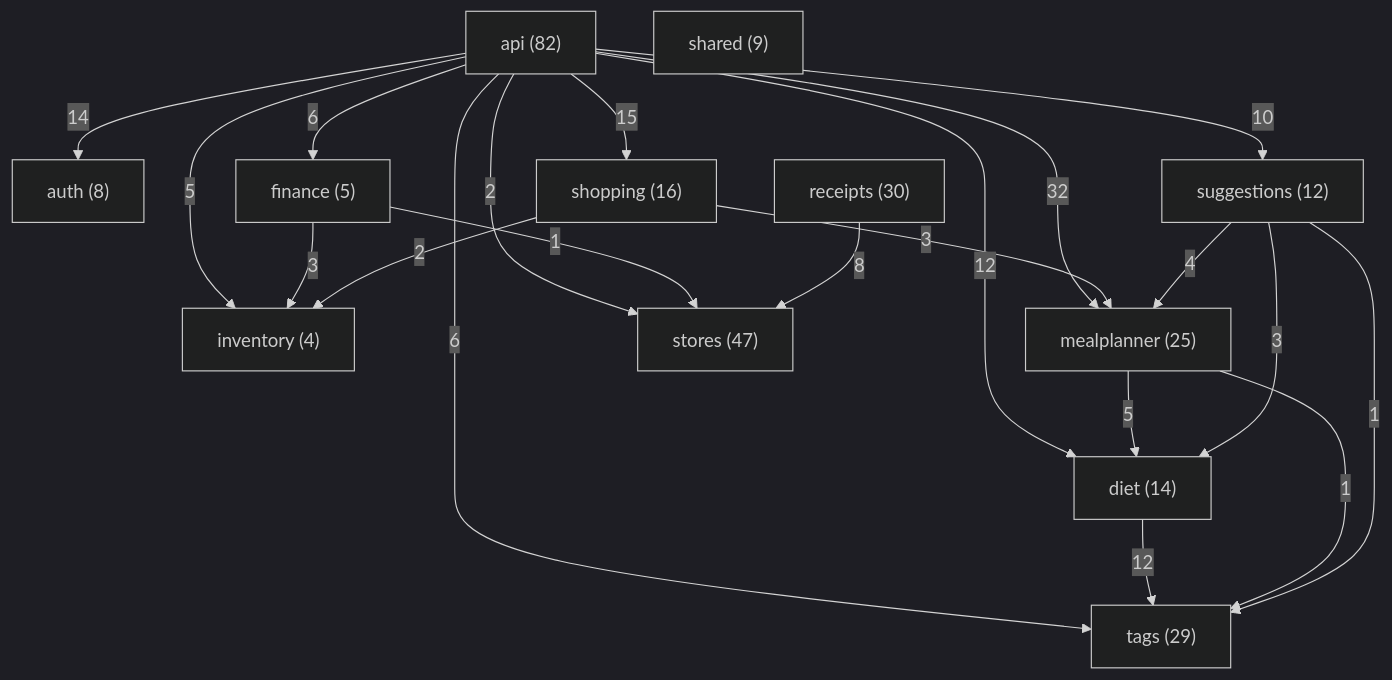
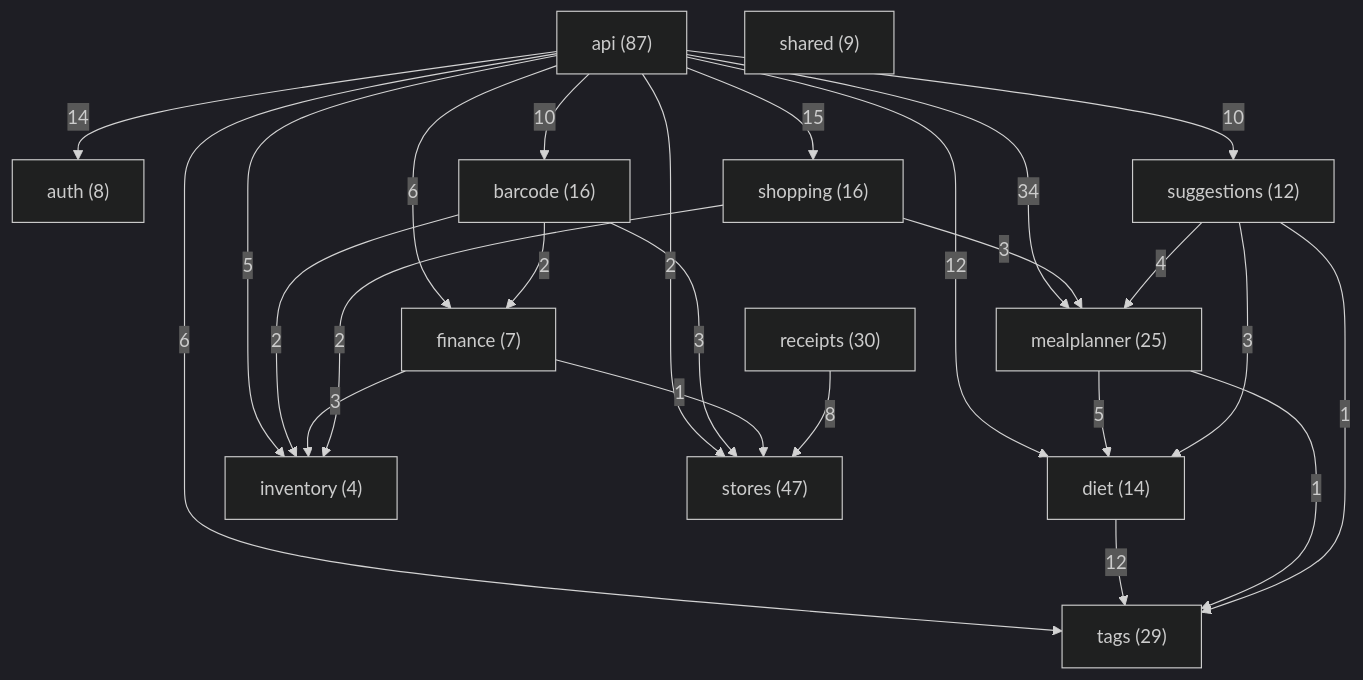
The diagram in docs/classes/README.md (Nate-ryan-7690/dahaem), drawn with Mermaid (dark theme) before and after one commit. The commit also changed other lines of this file and 8 other files, not shown here.

````diff
--- a/docs/classes/README.md
+++ b/docs/classes/README.md
@@ -9,35 +9,40 @@
 ```mermaid
 flowchart TD
-    api["api (82)"]
+    api["api (87)"]
     auth["auth (8)"]
+    barcode["barcode (16)"]
     diet["diet (14)"]
-    finance["finance (5)"]
+    finance["finance (7)"]
     inventory["inventory (4)"]
     mealplanner["mealplanner (25)"]
     receipts["receipts (30)"]
     shared["shared (9)"]
     shopping["shopping (16)"]
     stores["stores (47)"]
     suggestions["suggestions (12)"]
     tags["tags (29)"]
     api -->|14| auth
+    api -->|10| barcode
     api -->|12| diet
     api -->|6| finance
     api -->|5| inventory
-    api -->|32| mealplanner
+    api -->|34| mealplanner
     api -->|15| shopping
     api -->|2| stores
     api -->|10| suggestions
     api -->|6| tags
+    barcode -->|2| finance
+    barcode -->|2| inventory
+    barcode -->|3| stores
     diet -->|12| tags
     finance -->|3| inventory
     finance -->|1| stores
     mealplanner -->|5| diet
     mealplanner -->|1| tags
     receipts -->|8| stores
     shopping -->|2| inventory
     shopping -->|3| mealplanner
     suggestions -->|3| diet
     suggestions -->|4| mealplanner
     suggestions -->|1| tags
 ```
````
